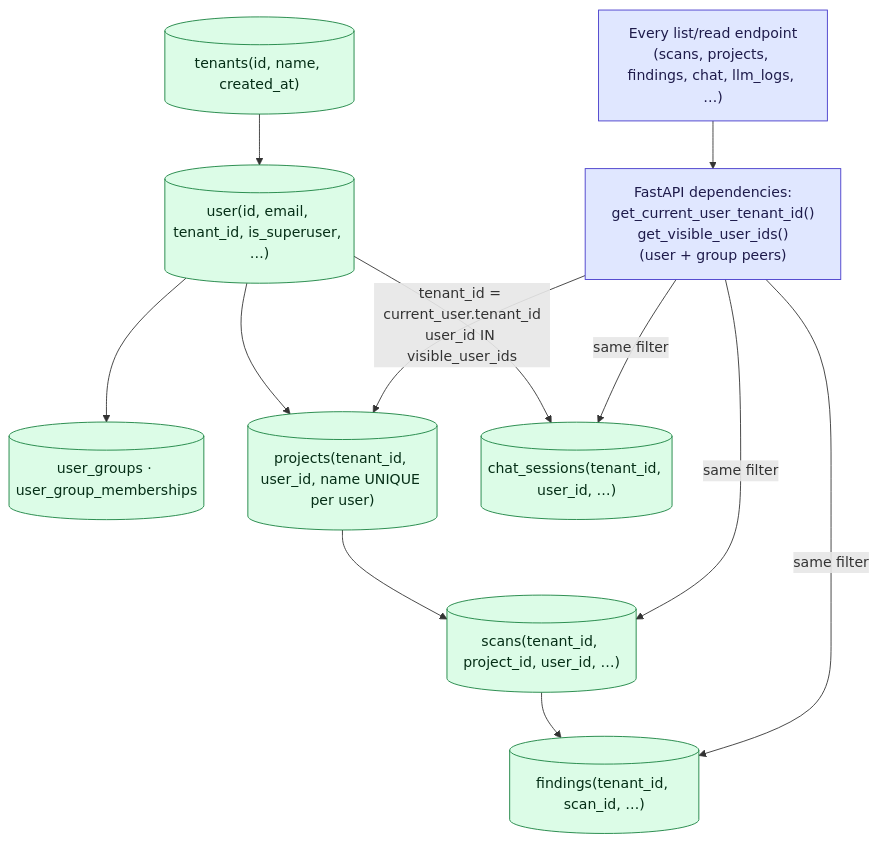
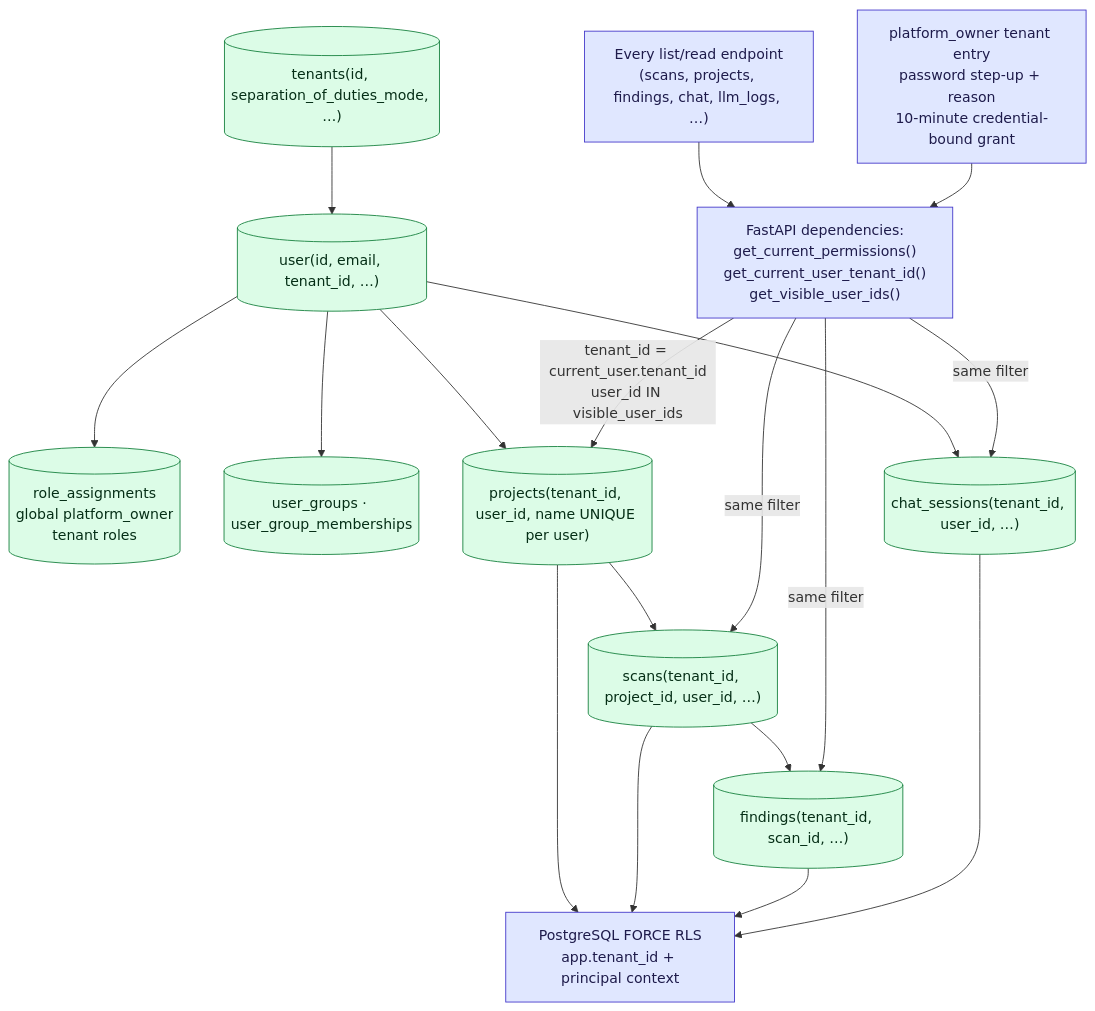
The fourth of 5 diagrams in docs/docs/architecture/diagrams/08-auth-tenancy-sso.md (nerdy-krishna/ai-secure-coding-compliance-platform), drawn with Mermaid before and after one commit. The commit also changed other lines of this file and 3 other files, not shown here.

````diff
--- a/docs/docs/architecture/diagrams/08-auth-tenancy-sso.md
+++ b/docs/docs/architecture/diagrams/08-auth-tenancy-sso.md
@@ -135,25 +137,31 @@
 ```mermaid
 flowchart TB
-    Tenants[("tenants(id, name, created_at)")]:::data
-    User[("user(id, email, tenant_id, is_superuser, …)")]:::data
+    Tenants[("tenants(id, separation_of_duties_mode, …)")]:::data
+    User[("user(id, email, tenant_id, …)")]:::data
+    Roles[("role_assignments<br/>global platform_owner<br/>tenant roles")]:::data
     Groups[("user_groups · user_group_memberships")]:::data
     Project[("projects(tenant_id, user_id, name UNIQUE per user)")]:::data
     Scan[("scans(tenant_id, project_id, user_id, …)")]:::data
     Finding[("findings(tenant_id, scan_id, …)")]:::data
     Chat[("chat_sessions(tenant_id, user_id, …)")]:::data
-    Dep["FastAPI dependencies:<br/>get_current_user_tenant_id()<br/>get_visible_user_ids()<br/>(user + group peers)"]:::app
+    Dep["FastAPI dependencies:<br/>get_current_permissions()<br/>get_current_user_tenant_id()<br/>get_visible_user_ids()"]:::app
     Routers["Every list/read endpoint<br/>(scans, projects, findings, chat, llm_logs, …)"]:::app
+    RLS["PostgreSQL FORCE RLS<br/>app.tenant_id + principal context"]:::app
+    Entry["platform_owner tenant entry<br/>password step-up + reason<br/>10-minute credential-bound grant"]:::app
 
     Tenants --> User
+    User --> Roles
     User --> Groups
     User --> Project --> Scan --> Finding
     User --> Chat
     Routers --> Dep
+    Entry --> Dep
     Dep -- "tenant_id = current_user.tenant_id<br/>user_id IN visible_user_ids" --> Project
     Dep -- same filter --> Scan
     Dep -- same filter --> Finding
     Dep -- same filter --> Chat
+    Project & Scan & Finding & Chat --> RLS
 
     classDef app  fill:#e0e7ff,stroke:#4338ca,color:#1e1b4b;
     classDef data fill:#dcfce7,stroke:#15803d,color:#052e16;
 ```
````
